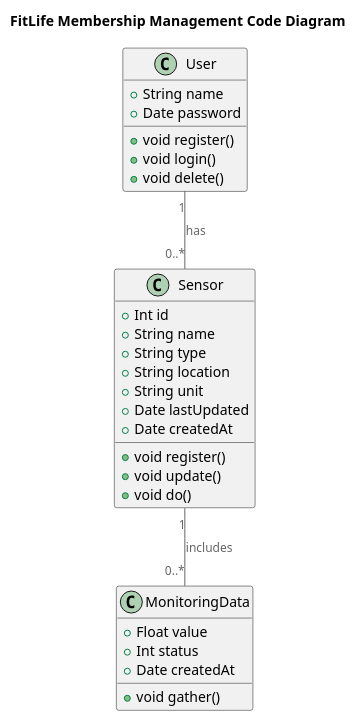
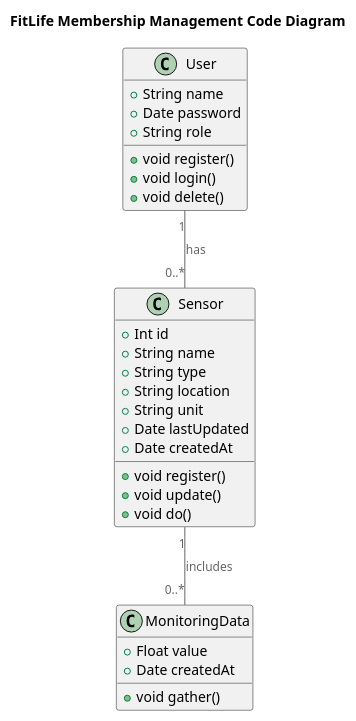
Before and after one commit to egorgasay/architecture-pro-warmhouse: the fifth of 6 diagrams in README.md, drawn with PlantUML. The commit also changed other lines of this file, not shown here.

````diff
--- a/README.md
+++ b/README.md
@@ -285,42 +285,42 @@
 ```plantuml
 @startuml
 title FitLife Membership Management Code Diagram
 
 top to bottom direction
 
 !includeurl https://raw.githubusercontent.com/RicardoNiepel/C4-PlantUML/master/C4_Component.puml
 
 class MonitoringData {
   +Float value
-  +Int status
   +Date createdAt
   +void gather()
 }
 
 class Sensor {
   +Int id
   +String name
   +String type
   +String location
   +String unit
   +Date lastUpdated
   +Date createdAt
   +void register()
   +void update()
   +void do()
 }
 
 
 class User {
   +String name
   +Date password
+  +String role
   +void register()
   +void login()
   +void delete()
 }
 
 User "1" -- "0..*" Sensor : has
 Sensor "1" -- "0..*" MonitoringData : includes
 
 @enduml
 ```
````
